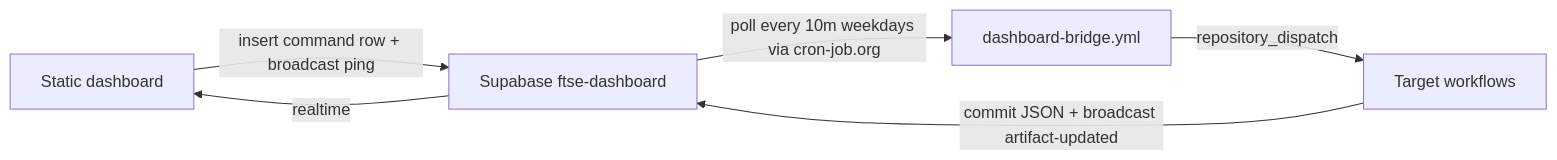
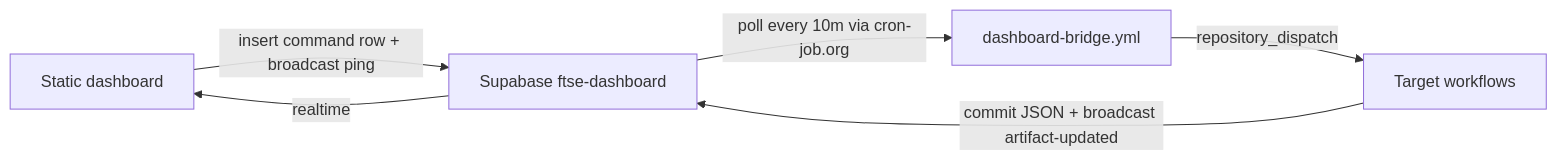
The diagram in docs/ops/dashboard-bridge.md (jamiefuller320/value_investor), drawn with Mermaid before and after one commit. The commit also changed other lines of this file and 14 other files, not shown here.

````diff
--- a/docs/ops/dashboard-bridge.md
+++ b/docs/ops/dashboard-bridge.md
@@ -7,8 +7,8 @@
 ```mermaid
 flowchart LR
   A[Static dashboard] -->|insert command row + broadcast ping| B[Supabase ftse-dashboard]
-  B -->|poll every 10m weekdays via cron-job.org| C[dashboard-bridge.yml]
+  B -->|poll every 10m via cron-job.org| C[dashboard-bridge.yml]
   C -->|repository_dispatch| D[Target workflows]
   D -->|commit JSON + broadcast artifact-updated| B
   B -->|realtime| A
 ```
````
